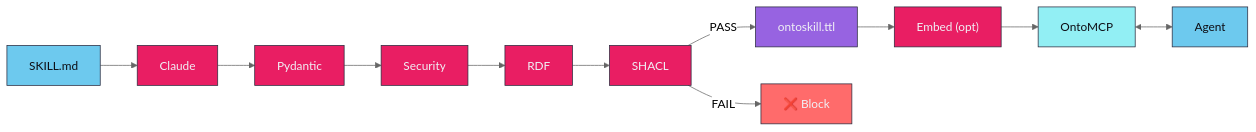
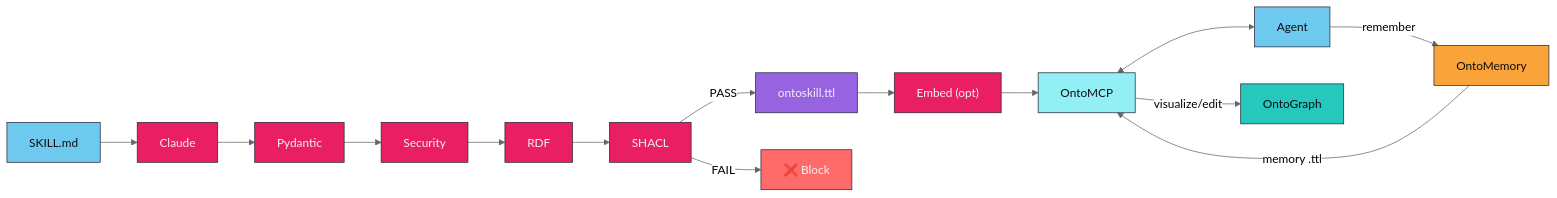
The first of 4 diagrams in site/src/content/docs/docs/architecture.md (mareasoftware/ontoskills), drawn with Mermaid (neutral theme) before and after one commit. The commit also changed other lines of this file and 15 other files, not shown here.

Commit message:
feat: implement OntoMemory component with documentation, localization, and landing page integration

````diff
--- a/site/src/content/docs/docs/architecture.md
+++ b/site/src/content/docs/docs/architecture.md
@@ -10,18 +10,23 @@
 ```mermaid
 flowchart LR
     MD["SKILL.md"] --> LLM["Claude"] --> PYD["Pydantic"] --> SEC["Security"] --> RDF["RDF"] --> SHACL["SHACL"]
     SHACL -->|"PASS"| TTL["ontoskill.ttl"] --> EMBED["Embed (opt)"] --> MCP["OntoMCP"] <--> AGENT["Agent"]
+    AGENT -->|"remember"| MEM["OntoMemory"]
+    MEM -->|"memory .ttl"| MCP
+    MCP -->|"visualize/edit"| OG["OntoGraph"]
     SHACL -->|"FAIL"| FAIL["❌ Block"]
 
     style MD fill:#6dc9ee,stroke:#2a2a3e,color:#0d0d14
     style LLM fill:#e91e63,stroke:#2a2a3e,color:#f0f0f5
     style PYD fill:#e91e63,stroke:#2a2a3e,color:#f0f0f5
     style SEC fill:#e91e63,stroke:#2a2a3e,color:#f0f0f5
     style RDF fill:#e91e63,stroke:#2a2a3e,color:#f0f0f5
     style EMBED fill:#e91e63,stroke:#2a2a3e,color:#f0f0f5
     style SHACL fill:#e91e63,stroke:#2a2a3e,color:#f0f0f5
     style TTL fill:#9763e1,stroke:#2a2a3e,color:#f0f0f5
     style MCP fill:#92eff4,stroke:#2a2a3e,color:#0d0d14
     style AGENT fill:#6dc9ee,stroke:#2a2a3e,color:#0d0d14
+    style MEM fill:#faa338,stroke:#2a2a3e,color:#0d0d14
+    style OG fill:#26c7bd,stroke:#2a2a3e,color:#0d0d14
     style FAIL fill:#ff6b6b,stroke:#2a2a3e,color:#f0f0f5
 ```
````
